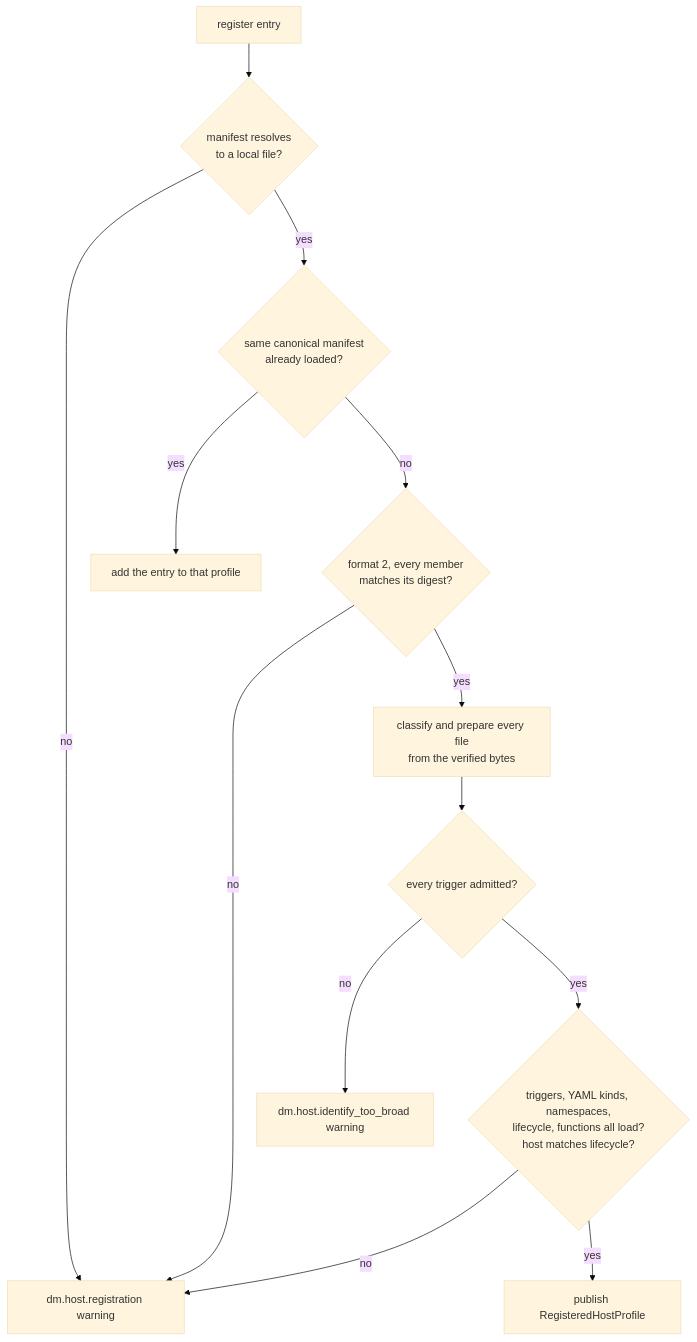
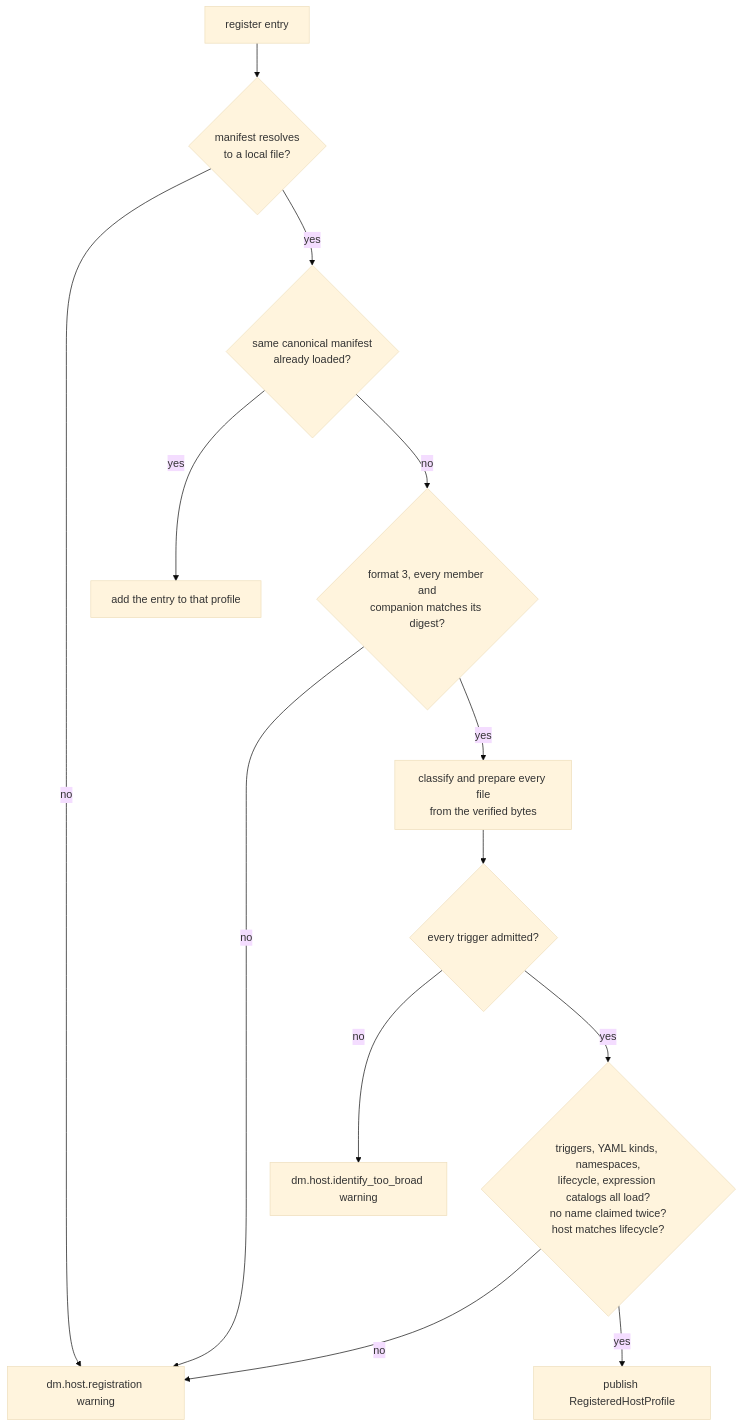
The third of 8 diagrams in darkmatter/docs/topics/host-registration.md (yankeeinlondon/rusty-biscuit), drawn with Mermaid (base theme) before and after one commit. The commit also changed other lines of this file and 96 other files, not shown here.

First line of the commit message:
feat(darkmatter): add callable schemas and verified host registrations

````diff
--- a/darkmatter/docs/topics/host-registration.md
+++ b/darkmatter/docs/topics/host-registration.md
@@ -618,15 +763,15 @@
 ```mermaid
 flowchart TD
     E[register entry] --> R{manifest resolves<br/>to a local file?}
     R -- no --> W[dm.host.registration warning]
     R -- yes --> D{same canonical manifest<br/>already loaded?}
     D -- yes --> J[add the entry to that profile]
-    D -- no --> V{format 2, every member<br/>matches its digest?}
+    D -- no --> V{format 3, every member and<br/>companion matches its digest?}
     V -- no --> W
     V -- yes --> K[classify and prepare every file<br/>from the verified bytes]
     K --> I{every trigger admitted?}
     I -- no --> T[dm.host.identify_too_broad warning]
-    I -- yes --> A{triggers, YAML kinds, namespaces,<br/>lifecycle, functions all load?<br/>host matches lifecycle?}
+    I -- yes --> A{triggers, YAML kinds, namespaces,<br/>lifecycle, expression catalogs all load?<br/>no name claimed twice?<br/>host matches lifecycle?}
     A -- no --> W
     A -- yes --> P[publish RegisteredHostProfile]
 ```
````
